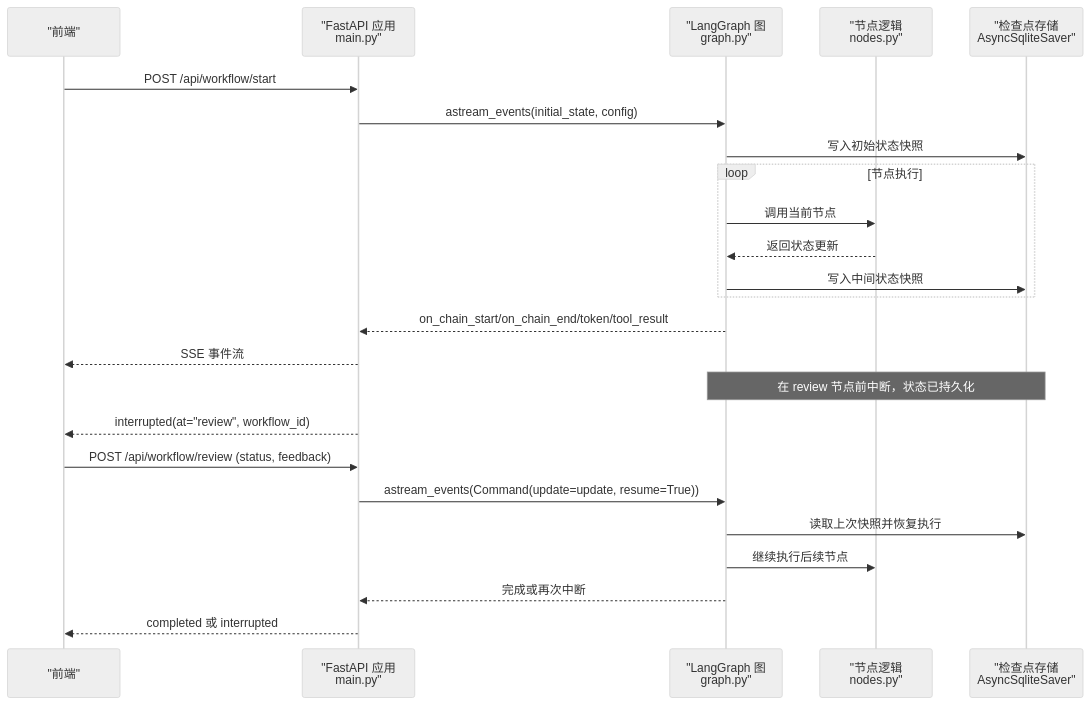
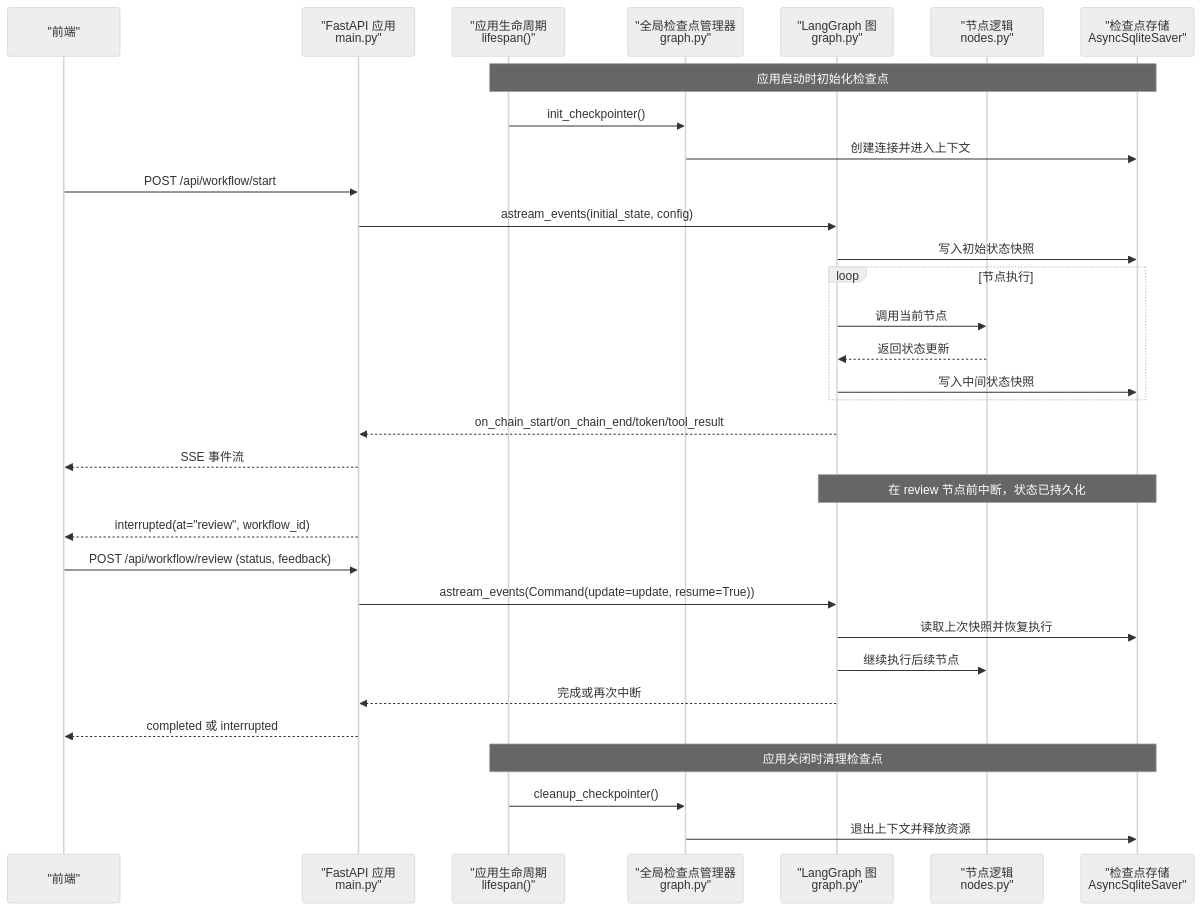
Before and after one commit to sundew26/agent-week3: the second of 3 diagrams in .qoder/repowiki/zh/content/核心功能/检查点恢复机制.md, drawn with Mermaid (neutral theme). The commit also changed other lines of this file and 8 other files, not shown here.

````diff
--- a/.qoder/repowiki/zh/content/核心功能/检查点恢复机制.md
+++ b/.qoder/repowiki/zh/content/核心功能/检查点恢复机制.md
@@ -91,26 +107,34 @@
 ```mermaid
 sequenceDiagram
 participant FE as "前端"
 participant API as "FastAPI 应用<br/>main.py"
+participant LM as "应用生命周期<br/>lifespan()"
+participant GM as "全局检查点管理器<br/>graph.py"
 participant Graph as "LangGraph 图<br/>graph.py"
 participant Nodes as "节点逻辑<br/>nodes.py"
 participant CP as "检查点存储<br/>AsyncSqliteSaver"
+Note over LM,CP : 应用启动时初始化检查点
+LM->>GM : init_checkpointer()
+GM->>CP : 创建连接并进入上下文
 FE->>API : POST /api/workflow/start
 API->>Graph : astream_events(initial_state, config)
 Graph->>CP : 写入初始状态快照
 loop 节点执行
 Graph->>Nodes : 调用当前节点
 Nodes-->>Graph : 返回状态更新
 Graph->>CP : 写入中间状态快照
 end
 Graph-->>API : on_chain_start/on_chain_end/token/tool_result
 API-->>FE : SSE 事件流
 Note over Graph,CP : 在 review 节点前中断，状态已持久化
 API-->>FE : interrupted(at="review", workflow_id)
 FE->>API : POST /api/workflow/review (status, feedback)
 API->>Graph : astream_events(Command(update=update, resume=True))
 Graph->>CP : 读取上次快照并恢复执行
 Graph->>Nodes : 继续执行后续节点
 Graph-->>API : 完成或再次中断
 API-->>FE : completed 或 interrupted
+Note over LM,CP : 应用关闭时清理检查点
+LM->>GM : cleanup_checkpointer()
+GM->>CP : 退出上下文并释放资源
 ```
````
